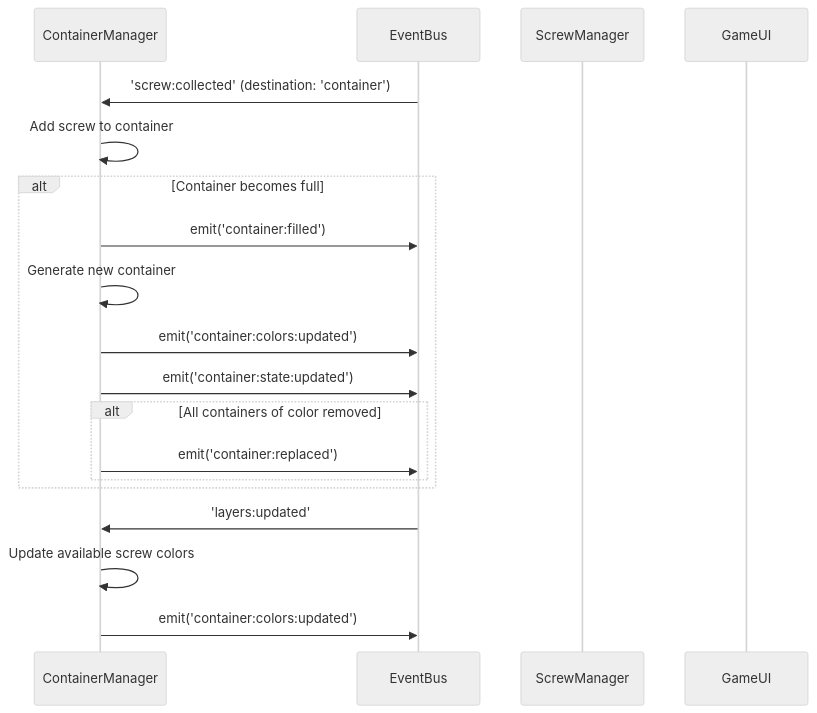
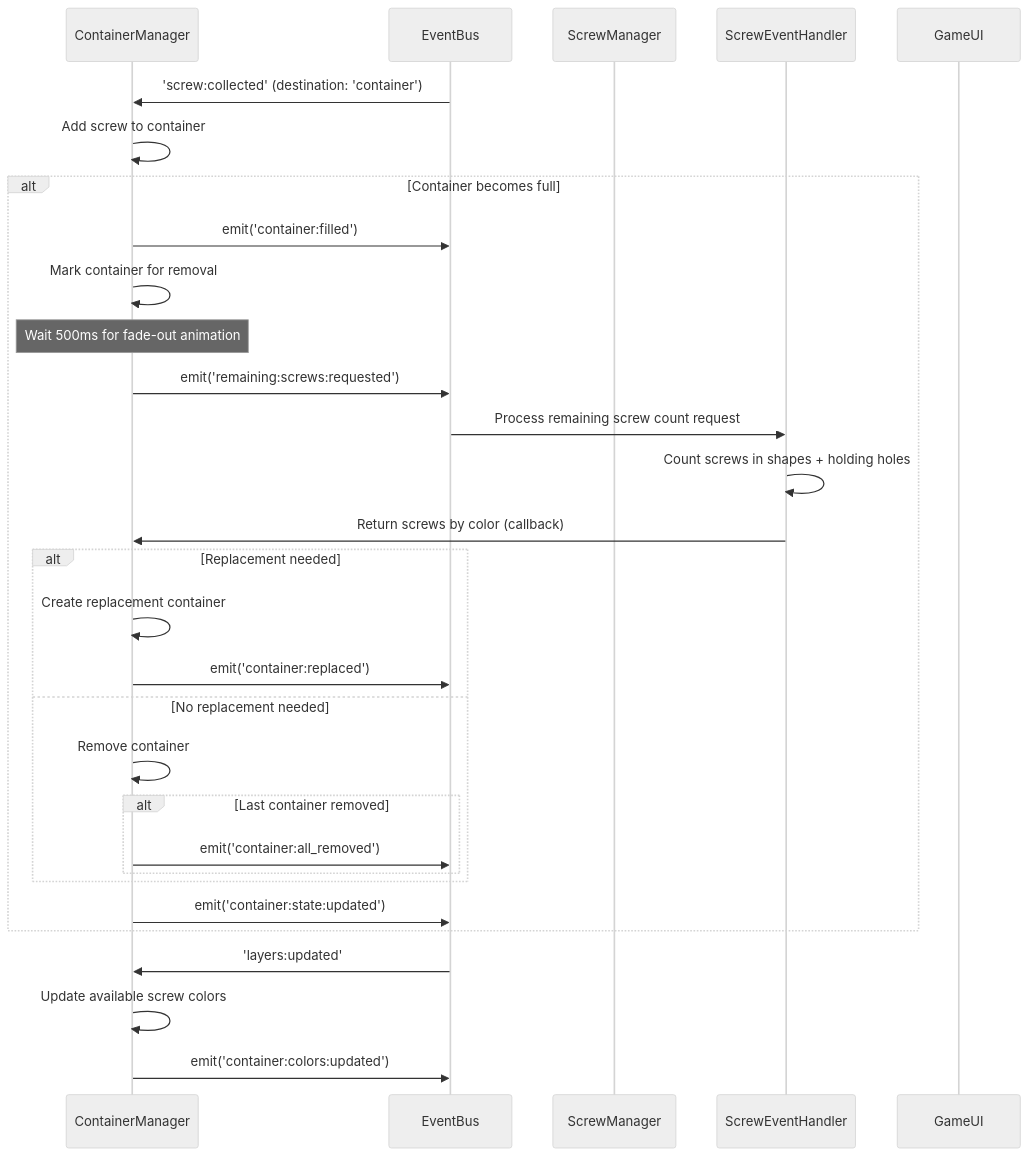
The second of 5 diagrams in docs/game_event_flows.md (paulrobello/par-shape-2d), drawn with Mermaid (neutral theme) before and after one commit. The commit also changed other lines of this file, not shown here.

First line of the commit message:
update game event flow docs for remaining screw counting

````diff
--- a/docs/game_event_flows.md
+++ b/docs/game_event_flows.md
@@ -134,25 +135,38 @@
 ```mermaid
 sequenceDiagram
     participant CM as ContainerManager
     participant EB as EventBus
     participant SM as ScrewManager
+    participant SEH as ScrewEventHandler
     participant UI as GameUI
 
     EB->>CM: 'screw:collected' (destination: 'container')
     CM->>CM: Add screw to container
     
     alt Container becomes full
         CM->>EB: emit('container:filled')
-        CM->>CM: Generate new container
-        CM->>EB: emit('container:colors:updated')
+        CM->>CM: Mark container for removal
+        
+        Note over CM: Wait 500ms for fade-out animation
+        CM->>EB: emit('remaining:screws:requested')
+        EB->>SEH: Process remaining screw count request
+        SEH->>SEH: Count screws in shapes + holding holes
+        SEH->>CM: Return screws by color (callback)
+        
+        alt Replacement needed
+            CM->>CM: Create replacement container
+            CM->>EB: emit('container:replaced')
+        else No replacement needed
+            CM->>CM: Remove container
+            alt Last container removed
+                CM->>EB: emit('container:all_removed')
+            end
+        end
+        
         CM->>EB: emit('container:state:updated')
-        
-        alt All containers of color removed
-            CM->>EB: emit('container:replaced')
-        end
     end
     
     EB->>CM: 'layers:updated'
     CM->>CM: Update available screw colors
     CM->>EB: emit('container:colors:updated')
 ```
````
